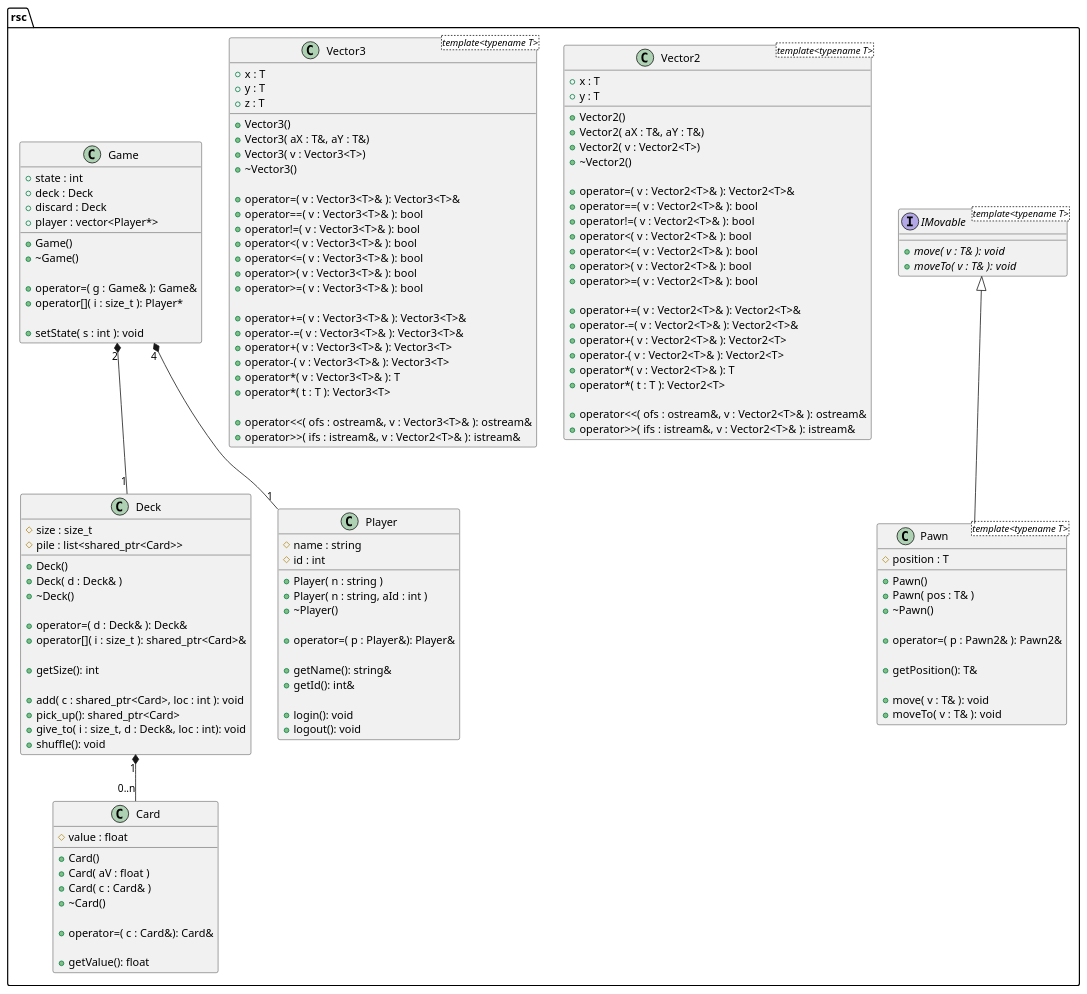
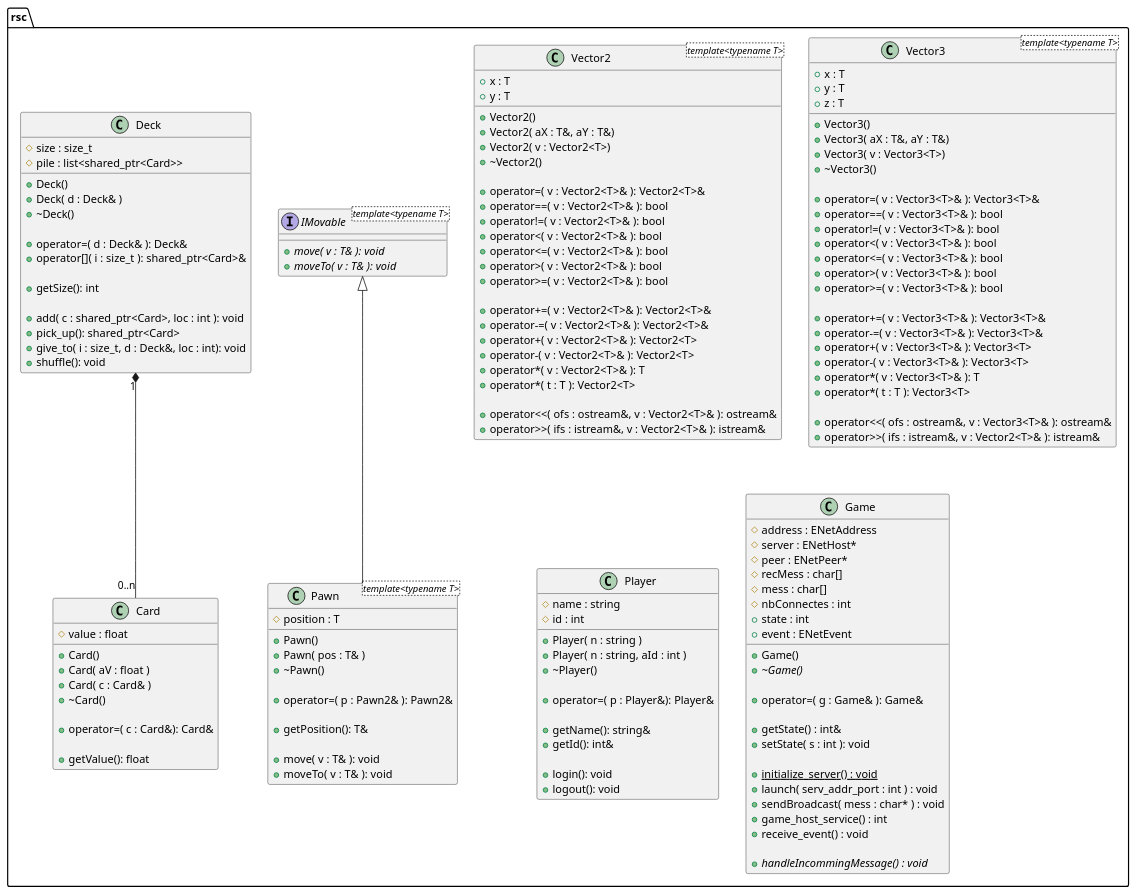
The diagram in UML.puml (Flosilver/libRosace-dev), drawn with PlantUML before and after one commit.

Commit message:
UML update

```diff
--- a/UML.puml
+++ b/UML.puml
@@ -1,155 +1,164 @@
 @startuml UML
 
 set namespaceSeparator ::
 
 interface rsc::IMovable <template<typename T>>{
     + {abstract} move( v : T& ): void
     + {abstract} moveTo( v : T& ): void
 }
 
 class rsc::Vector2<template<typename T>> {
     + x : T
     + y : T 
 
     + Vector2()
     + Vector2( aX : T&, aY : T&)
     + Vector2( v : Vector2<T>)
     + ~Vector2()
 
     + operator=( v : Vector2<T>& ): Vector2<T>&
     + operator==( v : Vector2<T>& ): bool
     + operator!=( v : Vector2<T>& ): bool
     + operator<( v : Vector2<T>& ): bool
     + operator<=( v : Vector2<T>& ): bool
     + operator>( v : Vector2<T>& ): bool
     + operator>=( v : Vector2<T>& ): bool
 
     + operator+=( v : Vector2<T>& ): Vector2<T>&
     + operator-=( v : Vector2<T>& ): Vector2<T>&
     + operator+( v : Vector2<T>& ): Vector2<T>
     + operator-( v : Vector2<T>& ): Vector2<T>
     + operator*( v : Vector2<T>& ): T
     + operator*( t : T ): Vector2<T>
 
     + operator<<( ofs : ostream&, v : Vector2<T>& ): ostream&
     + operator>>( ifs : istream&, v : Vector2<T>& ): istream&
 }
 
 class rsc::Vector3<template<typename T>> {
     + x : T
     + y : T 
     + z : T
 
     + Vector3()
     + Vector3( aX : T&, aY : T&)
     + Vector3( v : Vector3<T>)
     + ~Vector3()
 
     + operator=( v : Vector3<T>& ): Vector3<T>&
     + operator==( v : Vector3<T>& ): bool
     + operator!=( v : Vector3<T>& ): bool
     + operator<( v : Vector3<T>& ): bool
     + operator<=( v : Vector3<T>& ): bool
     + operator>( v : Vector3<T>& ): bool
     + operator>=( v : Vector3<T>& ): bool
 
     + operator+=( v : Vector3<T>& ): Vector3<T>&
     + operator-=( v : Vector3<T>& ): Vector3<T>&
     + operator+( v : Vector3<T>& ): Vector3<T>
     + operator-( v : Vector3<T>& ): Vector3<T>
     + operator*( v : Vector3<T>& ): T
     + operator*( t : T ): Vector3<T>
 
     + operator<<( ofs : ostream&, v : Vector3<T>& ): ostream&
     + operator>>( ifs : istream&, v : Vector2<T>& ): istream&
 }
 
 
 class rsc::Card
 {
     # value : float
 
     + Card()
     + Card( aV : float )
     + Card( c : Card& )
     + ~Card()
 
     + operator=( c : Card&): Card&
     
     + getValue(): float
 }
 
 class rsc::Deck{
     # size : size_t
     # pile : list<shared_ptr<Card>>
 
     + Deck()
     + Deck( d : Deck& )
     + ~Deck()
 
     + operator=( d : Deck& ): Deck&
     + operator[]( i : size_t ): shared_ptr<Card>&
 
     + getSize(): int
 
     + add( c : shared_ptr<Card>, loc : int ): void
     + pick_up(): shared_ptr<Card>
     + give_to( i : size_t, d : Deck&, loc : int): void
     + shuffle(): void
 }
 
 class rsc::Player{
     # name : string
     # id : int
     
     + Player( n : string )
     + Player( n : string, aId : int )
     + ~Player()
 
     + operator=( p : Player&): Player&
 
     + getName(): string&
     + getId(): int&
 
     + login(): void
     + logout(): void
 }
 
 class rsc::Pawn <template<typename T>>{
     # position : T
 
     + Pawn()
     + Pawn( pos : T& )
     + ~Pawn()
 
     + operator=( p : Pawn2& ): Pawn2&
 
     + getPosition(): T&
 
     + move( v : T& ): void
     + moveTo( v : T& ): void
 }
 
 class rsc::Game{
+    # address : ENetAddress
+    # server : ENetHost*
+    # peer : ENetPeer*
+    # recMess : char[]
+    # mess : char[]
+    # nbConnectes : int
     + state : int
-    + deck : Deck
-    + discard : Deck
-    + player : vector<Player*>
+    + event : ENetEvent
 
     + Game()
-    + ~Game()
+    + {abstract} ~Game()
 
     + operator=( g : Game& ): Game&
-    + operator[]( i : size_t ): Player*
 
+    + getState() : int&
     + setState( s : int ): void
+
+    + {static} initialize_server() : void
+    + launch( serv_addr_port : int ) : void
+    + sendBroadcast( mess : char* ) : void
+    + game_host_service() : int
+    + receive_event() : void
+
+    + {abstract} handleIncommingMessage() : void
 }
 
 rsc::IMovable <|-- rsc::Pawn
 
 rsc::Deck "1" *-- "0..n" rsc::Card
 
-rsc::Game "4" *-- "1" rsc::Player
-rsc::Game "2" *-- "1" rsc::Deck
-
 @enduml
```
